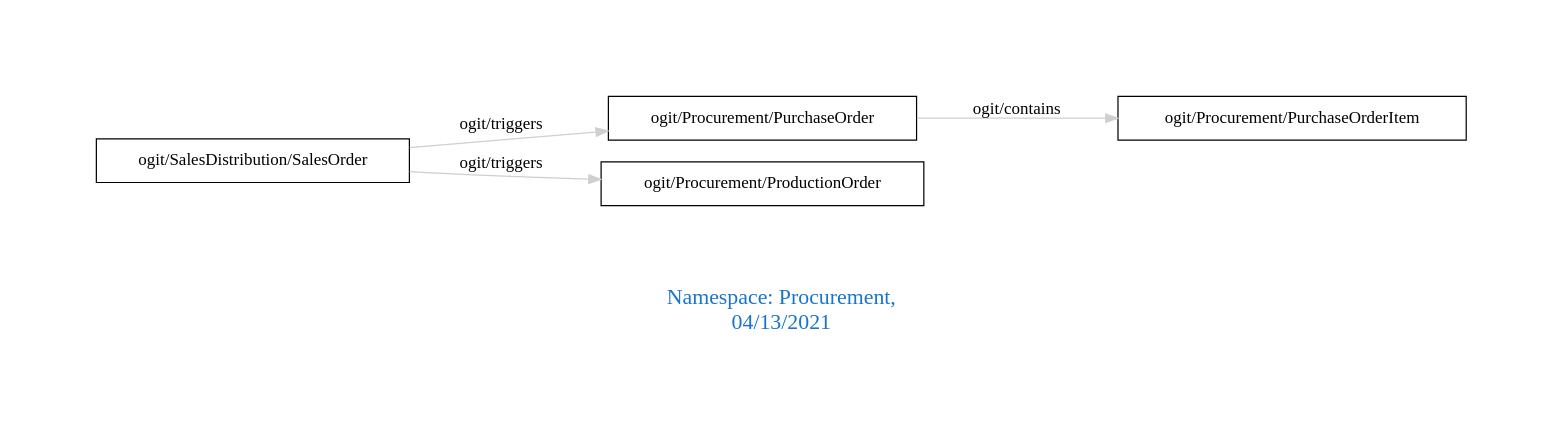
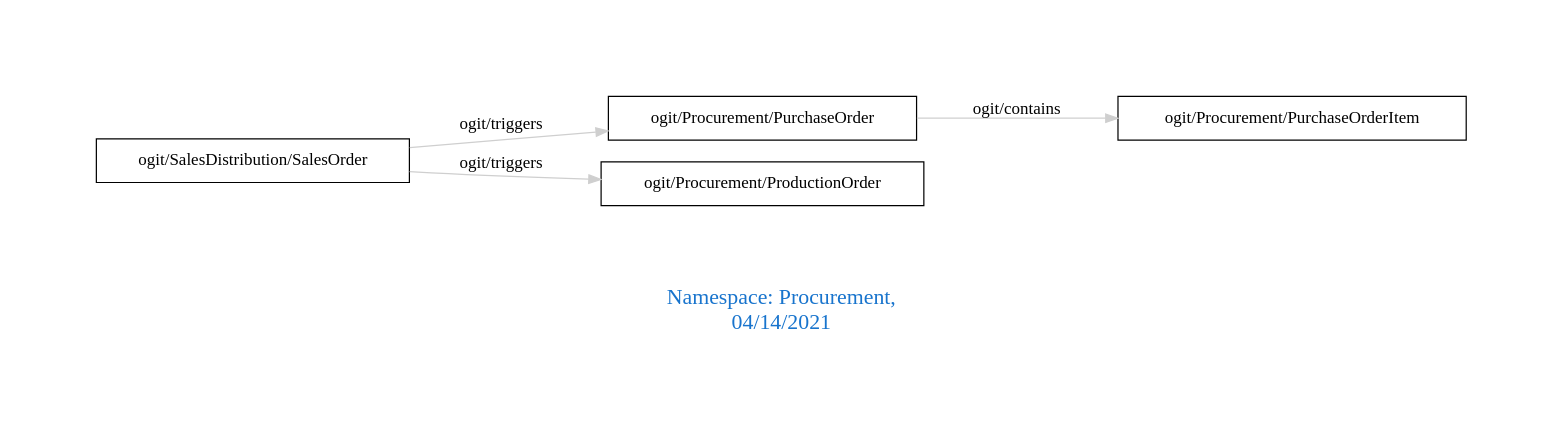
Before and after one commit to arago/OGIT: the diagram in downloads/Procurement.dot, drawn with Graphviz. The commit also changed 1849 other files, not shown here.

```diff
--- a/downloads/Procurement.dot
+++ b/downloads/Procurement.dot
@@ -1,11 +1,11 @@
 digraph OGIT_ontology {
  graph [ rankdir= LR,pad=1 
 fontsize = 18,
-fontcolor= dodgerblue3,label = "\n\n\nNamespace: Procurement, \n 04/13/2021"];
+fontcolor= dodgerblue3,label = "\n\n\nNamespace: Procurement, \n 04/14/2021"];
 node[shape=polygon];
 edge [  color="gray81"];
 
    "ogit/Procurement/PurchaseOrder" -> "ogit/Procurement/PurchaseOrderItem" [label="   ogit/contains    "];
    "ogit/SalesDistribution/SalesOrder" -> "ogit/Procurement/ProductionOrder" [label="   ogit/triggers    "];
    "ogit/SalesDistribution/SalesOrder" -> "ogit/Procurement/PurchaseOrder" [label="   ogit/triggers    "];
 }
```
